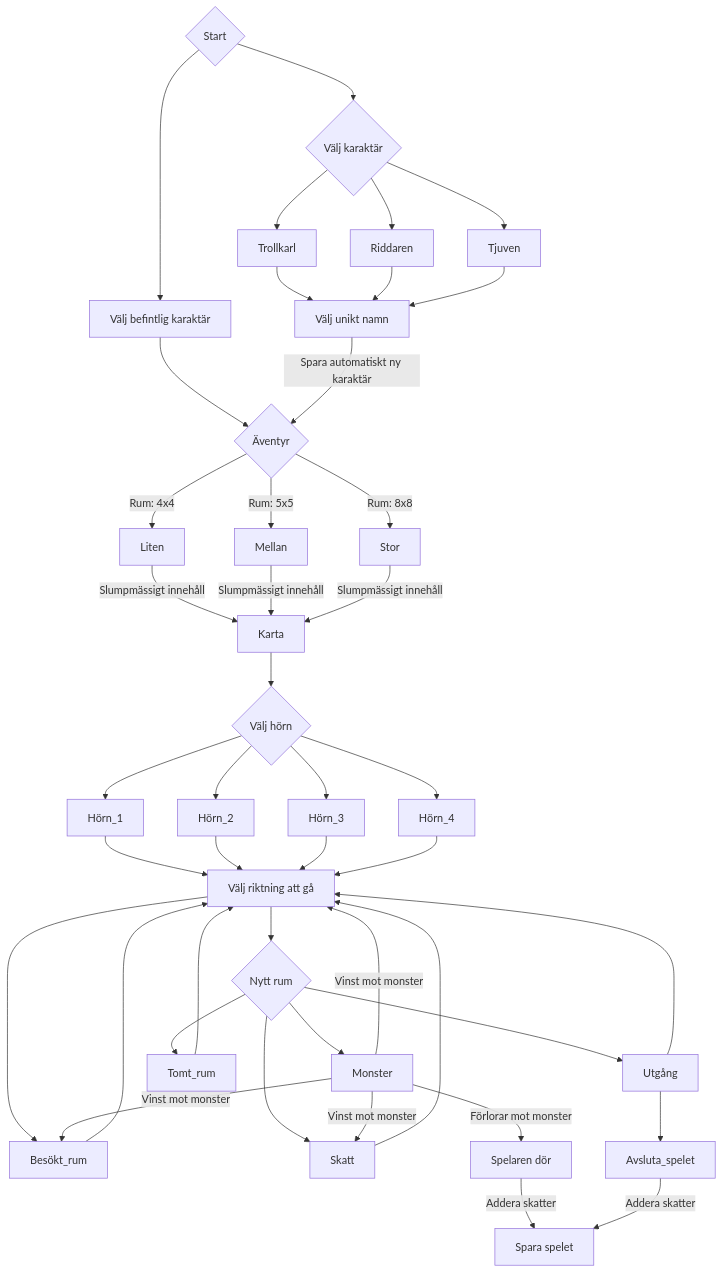
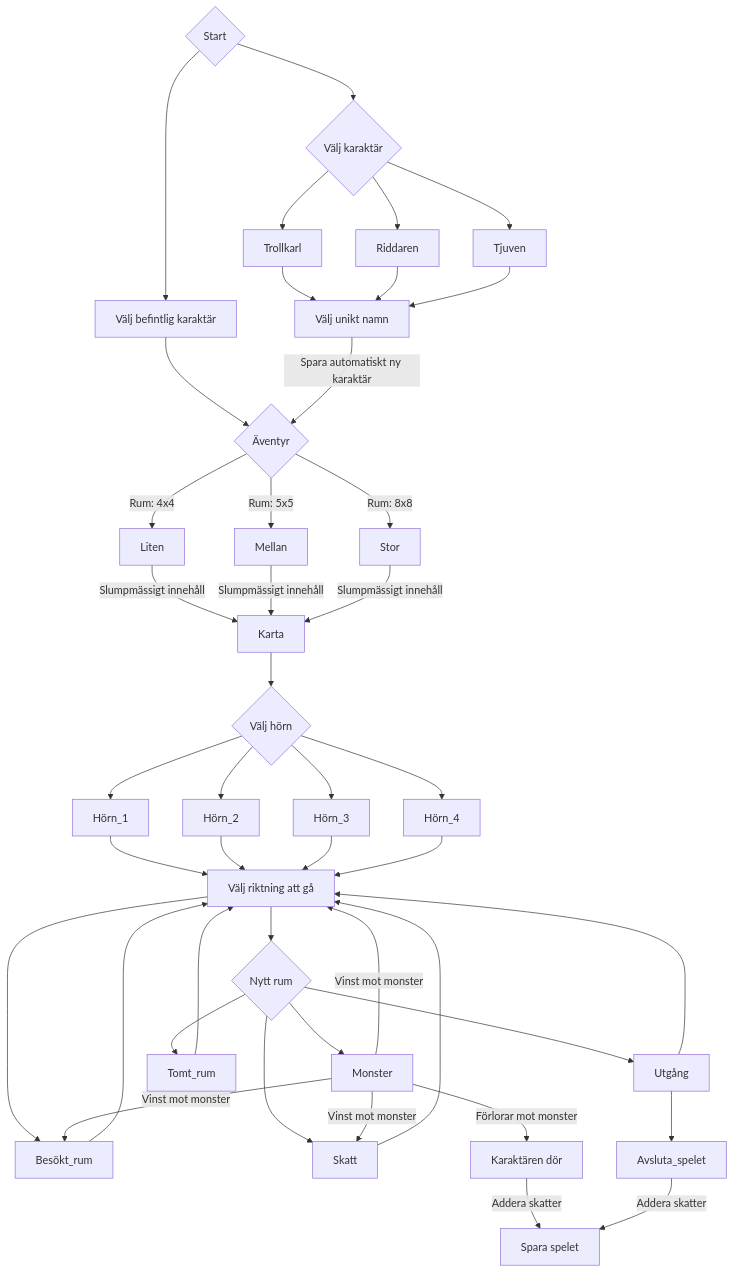
Before and after one commit to MarioKhalaf/Lag-2: the first of 2 diagrams in dungeon_run_sequence_diagram.md, drawn with Mermaid. The commit also changed other lines of this file, not shown here.

Commit message:
New changes diagram

````diff
--- a/dungeon_run_sequence_diagram.md
+++ b/dungeon_run_sequence_diagram.md
@@ -7,46 +7,46 @@
 ```mermaid
 graph TD
     Start{Start} --> Välj_karta{Välj karaktär}
     Start --> Välj_befintlig_karaktär[Välj befintlig karaktär]
     Välj_befintlig_karaktär --> Äventyr
     Välj_karta --> Trollkarl
     Välj_karta --> Riddaren
     Välj_karta --> Tjuven
     Trollkarl --> Välj_namn[Välj unikt namn]
     Riddaren --> Välj_namn
     Tjuven --> Välj_namn
     Välj_namn --> |Spara automatiskt ny karaktär|Äventyr{Äventyr}
     Äventyr --> |Rum: 4x4|Liten
     Äventyr --> |Rum: 5x5|Mellan
     Äventyr --> |Rum: 8x8|Stor
     Liten --> |Slumpmässigt innehåll|Karta
     Mellan --> |Slumpmässigt innehåll|Karta
     Stor --> |Slumpmässigt innehåll|Karta
     Karta --> Välj_hörn{Välj hörn}
     Välj_hörn --> Hörn_1
     Välj_hörn --> Hörn_2
     Välj_hörn --> Hörn_3
     Välj_hörn --> Hörn_4
     Hörn_1 --> Riktning[Välj riktning att gå]
     Hörn_2 --> Riktning
     Hörn_3 --> Riktning
     Hörn_4 --> Riktning
     Riktning --> Nytt_rum{Nytt rum}
     Riktning --> Besökt_rum
     Nytt_rum --> Skatt
     Nytt_rum --> Monster
     Nytt_rum --> Utgång
     Nytt_rum --> Tomt_rum
     Monster --> |Vinst mot monster|Skatt 
     Monster --> |Vinst mot monster|Besökt_rum
     Monster --> |Vinst mot monster|Riktning
-    Monster --> |Förlorar mot monster|Game_over[Spelaren dör]
+    Monster --> |Förlorar mot monster|Game_over[Karaktären dör]
     Skatt --> Riktning
     Game_over --> |Addera skatter|Spara_spelet
     Utgång --> Riktning
     Utgång --> Avsluta_spelet
     Avsluta_spelet --> |Addera skatter|Spara_spelet[Spara spelet]
     Besökt_rum --> Riktning
     Tomt_rum --> Riktning
 
 ```
````
